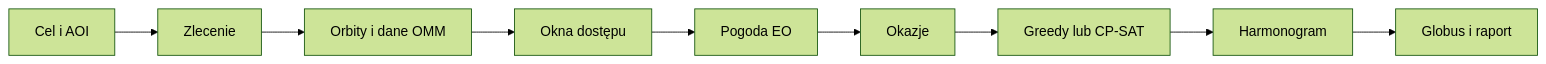
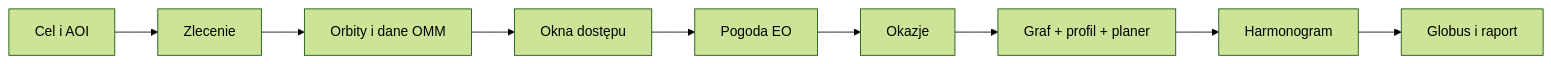
One commit to matigeoman/satellite-acquisition-planner changed the diagram in docs/user_guide.md. Above: the diagram before and after it, drawn with Mermaid (forest theme). The commit also changed other lines of this file and 63 other files, not shown here.

````diff
--- a/docs/user_guide.md
+++ b/docs/user_guide.md
@@ -5,11 +5,11 @@
 ```mermaid
 flowchart LR
     A[Cel i AOI] --> B[Zlecenie]
     B --> C[Orbity i dane OMM]
     C --> D[Okna dostępu]
     D --> E[Pogoda EO]
     E --> F[Okazje]
-    F --> G[Greedy lub CP-SAT]
+    F --> G[Graf + profil + planer]
     G --> H[Harmonogram]
     H --> I[Globus i raport]
 ```
````
